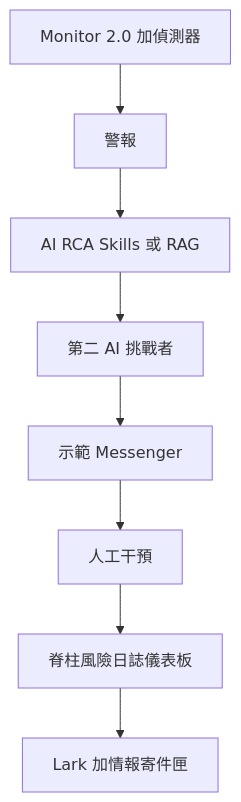
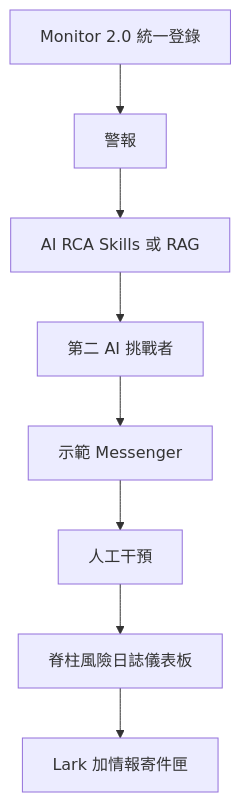
One commit to hxyan2020/PRD changed the first of 6 diagrams in platform/docs/TSD.zh-Hant.md. Above: the diagram before and after it, drawn with Mermaid. The commit also changed other lines of this file and 3 other files, not shown here.

````diff
--- a/platform/docs/TSD.zh-Hant.md
+++ b/platform/docs/TSD.zh-Hant.md
@@ -45,10 +45,10 @@
 ```mermaid
 graph TD
-  Mon[Monitor 2.0 加偵測器] --> Alarm[警報]
+  Mon[Monitor 2.0 統一登錄] --> Alarm[警報]
   Alarm --> Rca[AI RCA Skills 或 RAG]
   Rca --> Ch[第二 AI 挑戰者]
   Ch --> Msg[示範 Messenger]
   Msg --> Gate[人工干預]
   Gate --> Spine[脊柱風險日誌儀表板]
   Spine --> Out[Lark 加情報寄件匣]
 ```
````
